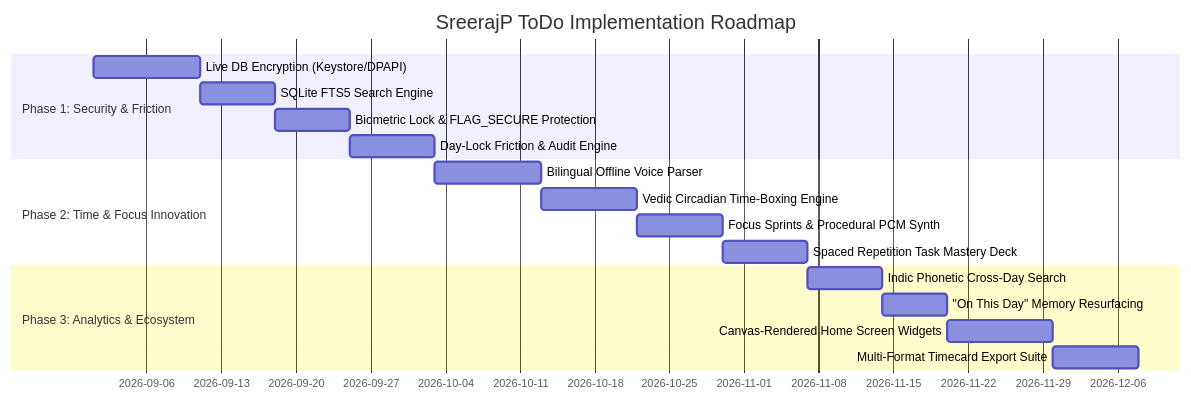
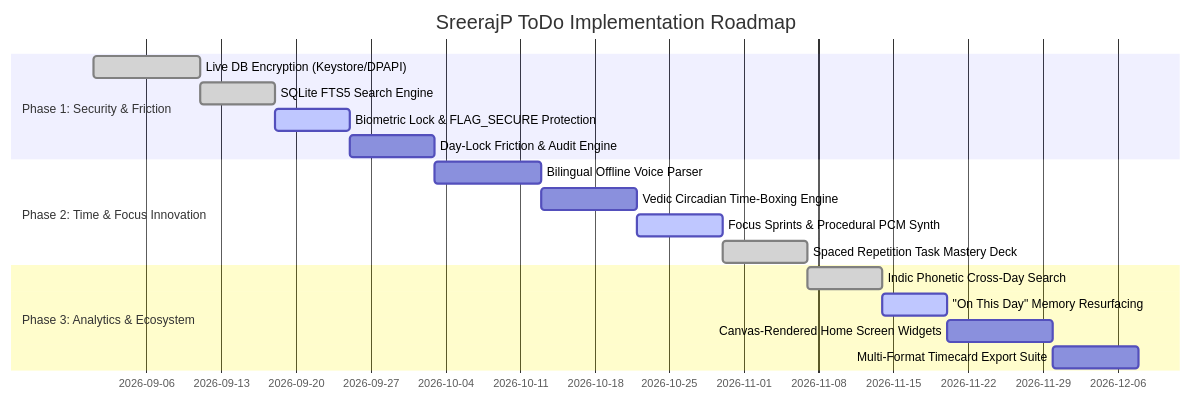
The diagram in docs/unique_features_and_improvements.md (sreerajp80/sreerajp_todo), drawn with Mermaid before and after one commit. The commit also changed other lines of this file and 267 other files, not shown here.

````diff
--- a/docs/unique_features_and_improvements.md
+++ b/docs/unique_features_and_improvements.md
@@ -264,20 +311,20 @@
 ```mermaid
 gantt
     title SreerajP ToDo Implementation Roadmap
     dateFormat  YYYY-MM-DD
     section Phase 1: Security & Friction
-    Live DB Encryption (Keystore/DPAPI)    :a1, 2026-09-01, 10d
-    SQLite FTS5 Search Engine              :a2, after a1, 7d
-    Biometric Lock & FLAG_SECURE Protection :a3, after a2, 7d
+    Live DB Encryption (Keystore/DPAPI)    :done, a1, 2026-09-01, 10d
+    SQLite FTS5 Search Engine              :done, a2, after a1, 7d
+    Biometric Lock & FLAG_SECURE Protection :active, a3, after a2, 7d
     Day-Lock Friction & Audit Engine       :a4, after a3, 8d
     section Phase 2: Time & Focus Innovation
     Bilingual Offline Voice Parser         :b1, after a4, 10d
     Vedic Circadian Time-Boxing Engine     :b2, after b1, 9d
-    Focus Sprints & Procedural PCM Synth   :b3, after b2, 8d
-    Spaced Repetition Task Mastery Deck    :b4, after b3, 8d
+    Focus Sprints & Procedural PCM Synth   :active, b3, after b2, 8d
+    Spaced Repetition Task Mastery Deck    :done, b4, after b3, 8d
     section Phase 3: Analytics & Ecosystem
-    Indic Phonetic Cross-Day Search        :c1, after b4, 7d
-    "On This Day" Memory Resurfacing       :c2, after c1, 6d
+    Indic Phonetic Cross-Day Search        :done, c1, after b4, 7d
+    "On This Day" Memory Resurfacing       :active, c2, after c1, 6d
     Canvas-Rendered Home Screen Widgets    :c3, after c2, 10d
     Multi-Format Timecard Export Suite     :c4, after c3, 8d
 ```
````
